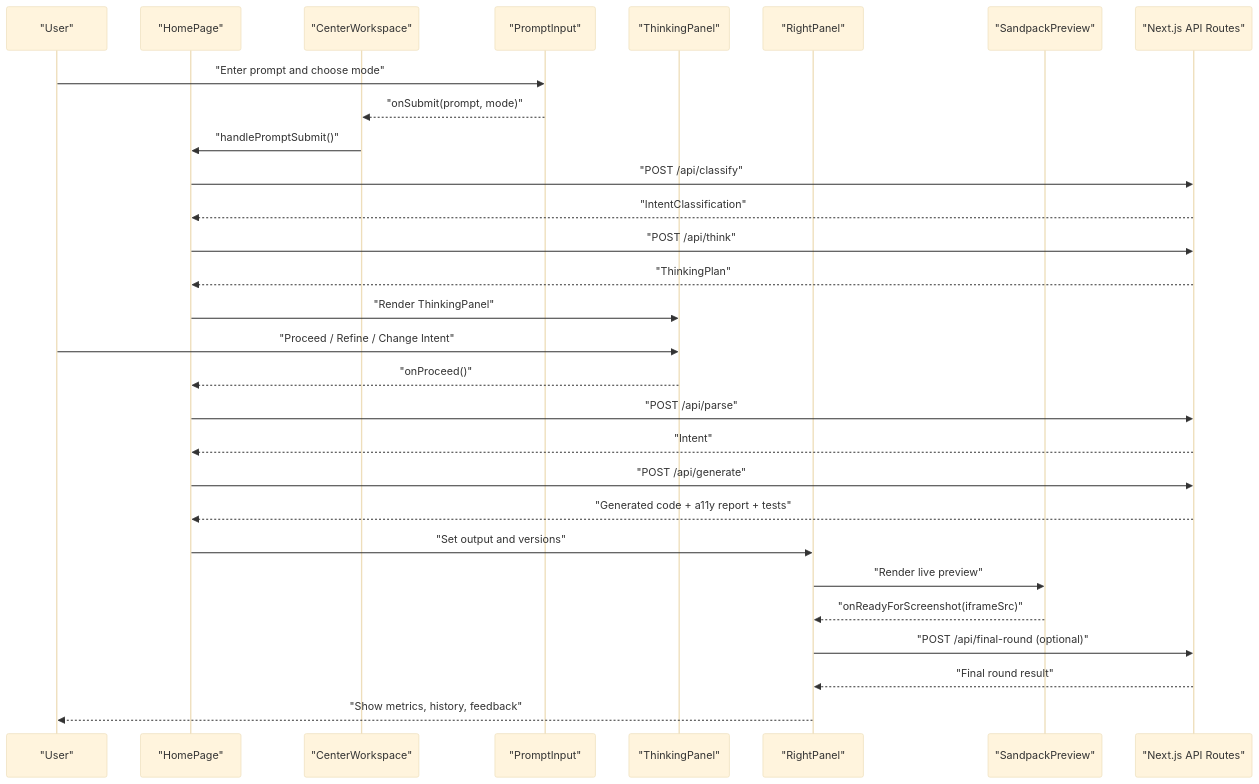
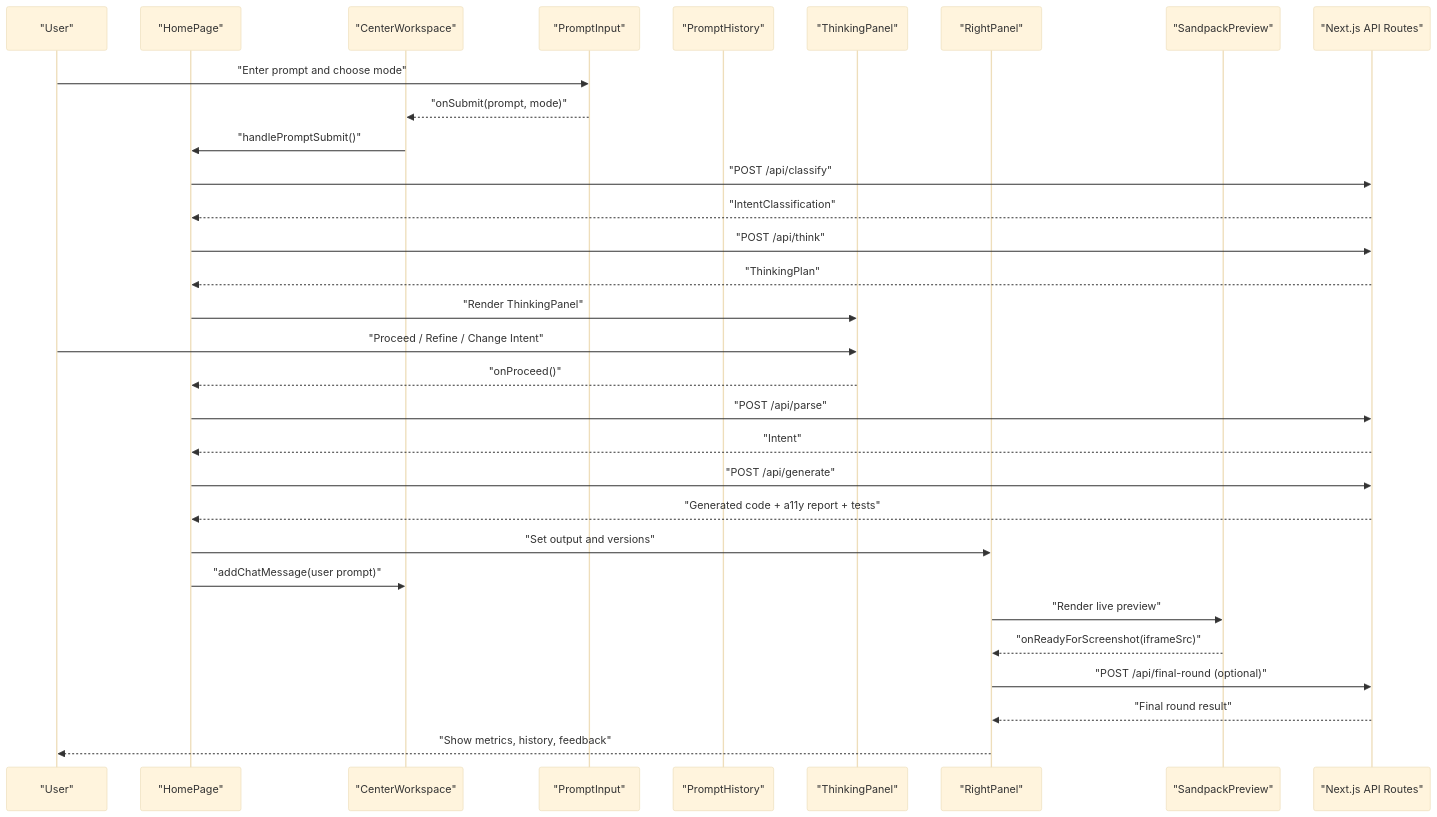
The second of 10 diagrams in .qoder/repowiki/en/content/Architecture & Design/Layered Architecture/Presentation Layer.md (shekhargiri005-dotcom/AI-powered-accessibility-first-UI-engine), drawn with Mermaid (base theme) before and after one commit. The commit also changed other lines of this file and 71 other files, not shown here.

````diff
--- a/.qoder/repowiki/en/content/Architecture & Design/Layered Architecture/Presentation Layer.md
+++ b/.qoder/repowiki/en/content/Architecture & Design/Layered Architecture/Presentation Layer.md
@@ -126,31 +147,33 @@
 ```mermaid
 sequenceDiagram
 participant U as "User"
 participant HP as "HomePage"
 participant CW as "CenterWorkspace"
 participant PI as "PromptInput"
+participant PH as "PromptHistory"
 participant TP as "ThinkingPanel"
 participant RP as "RightPanel"
 participant SPV as "SandpackPreview"
 participant API as "Next.js API Routes"
 U->>PI : "Enter prompt and choose mode"
 PI-->>CW : "onSubmit(prompt, mode)"
 CW->>HP : "handlePromptSubmit()"
 HP->>API : "POST /api/classify"
 API-->>HP : "IntentClassification"
 HP->>API : "POST /api/think"
 API-->>HP : "ThinkingPlan"
 HP->>TP : "Render ThinkingPanel"
 U->>TP : "Proceed / Refine / Change Intent"
 TP-->>HP : "onProceed()"
 HP->>API : "POST /api/parse"
 API-->>HP : "Intent"
 HP->>API : "POST /api/generate"
 API-->>HP : "Generated code + a11y report + tests"
 HP->>RP : "Set output and versions"
+HP->>CW : "addChatMessage(user prompt)"
 RP->>SPV : "Render live preview"
 SPV-->>RP : "onReadyForScreenshot(iframeSrc)"
 RP->>API : "POST /api/final-round (optional)"
 API-->>RP : "Final round result"
 RP-->>U : "Show metrics, history, feedback"
 ```
````
